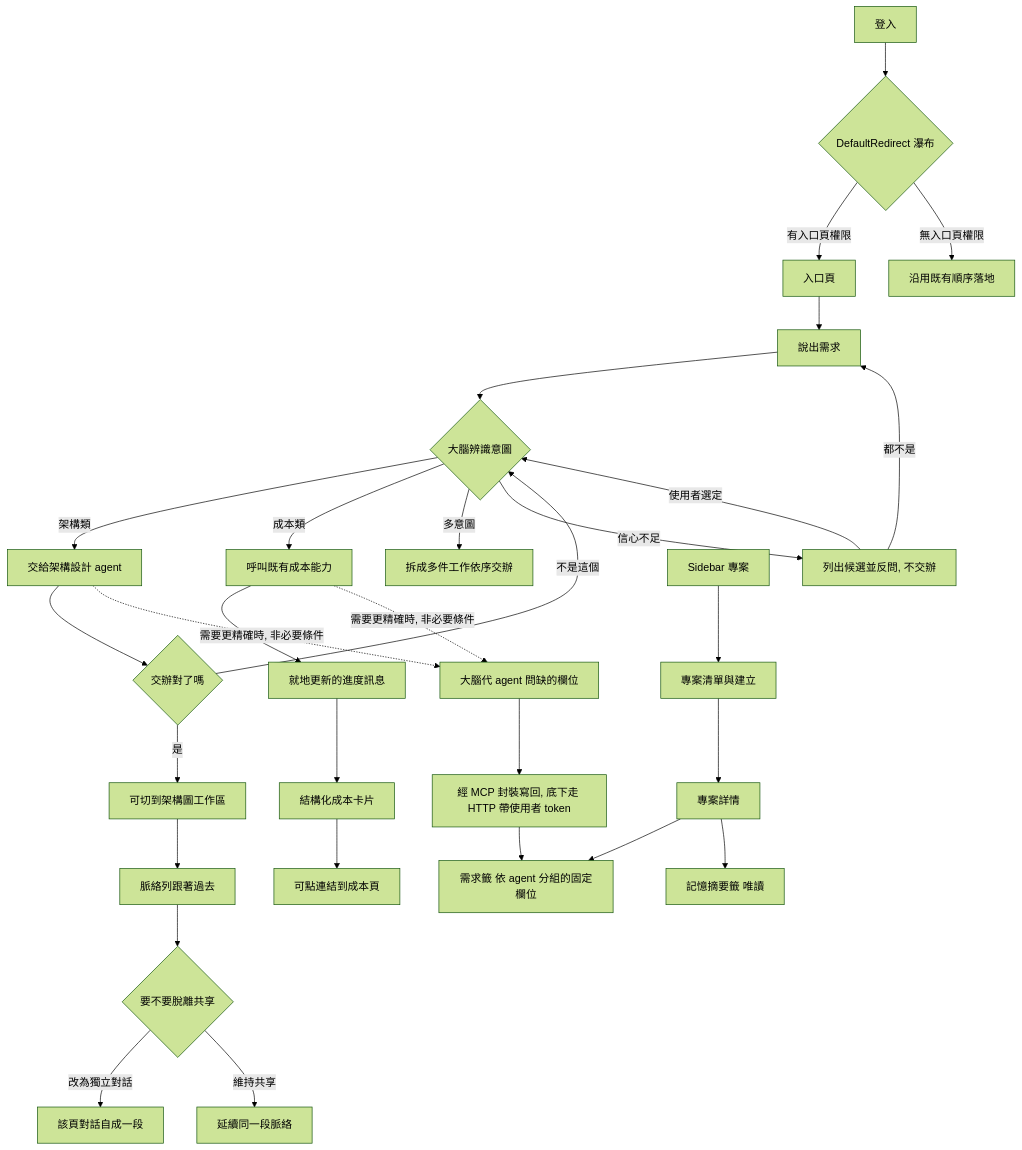
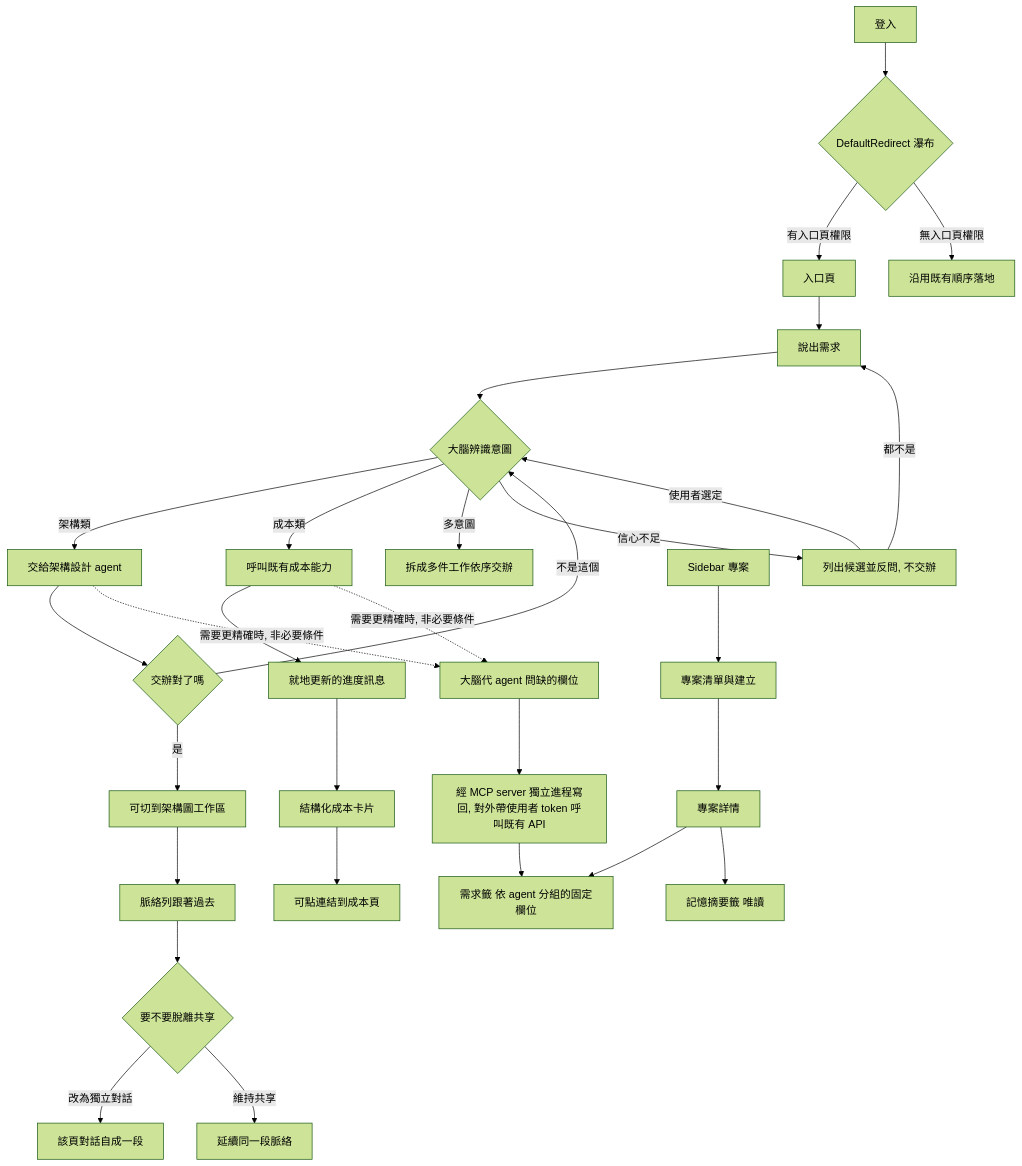
One commit to opendiamonds/cloud-360 changed the first of 2 diagrams in aidlc/spaces/default/intents/260920-orchestration-brain/ideation/rough-mockups/user-flow.md. Above: the diagram before and after it, drawn with Mermaid (forest theme). The commit also changed other lines of this file and 7 other files, not shown here.

````diff
--- a/aidlc/spaces/default/intents/260920-orchestration-brain/ideation/rough-mockups/user-flow.md
+++ b/aidlc/spaces/default/intents/260920-orchestration-brain/ideation/rough-mockups/user-flow.md
@@ -12,32 +12,32 @@
 ```mermaid
 flowchart TD
     L[登入] --> R{DefaultRedirect 瀑布}
     R -->|有入口頁權限| E[入口頁]
     R -->|無入口頁權限| O[沿用既有順序落地]
     E --> I[說出需求]
     I --> C{大腦辨識意圖}
     C -->|架構類| A[交給架構設計 agent]
     C -->|成本類| M[呼叫既有成本能力]
     C -->|多意圖| S[拆成多件工作依序交辦]
     C -->|信心不足| Q[列出候選並反問, 不交辦]
     Q -->|使用者選定| C
     Q -->|都不是| I
     A --> Z{交辦對了嗎}
     Z -->|不是這個| C
     Z -->|是| W[可切到架構圖工作區]
     M --> P[就地更新的進度訊息]
     P --> K[結構化成本卡片]
     K --> V[可點連結到成本頁]
     W --> X[脈絡列跟著過去]
     X --> N{要不要脫離共享}
     N -->|改為獨立對話| D[該頁對話自成一段]
     N -->|維持共享| G[延續同一段脈絡]
     PJ[Sidebar 專案] --> PL[專案清單與建立]
     PL --> PD[專案詳情]
     PD --> PR[需求籤 依 agent 分組的固定欄位]
     PD --> PM[記憶摘要籤 唯讀]
     M -.->|需要更精確時, 非必要條件| AK[大腦代 agent 問缺的欄位]
     A -.->|需要更精確時, 非必要條件| AK
-    AK --> AW[經 MCP 封裝寫回, 底下走 HTTP 帶使用者 token]
+    AK --> AW[經 MCP server 獨立進程寫回, 對外帶使用者 token 呼叫既有 API]
     AW --> PR
 ```
````
